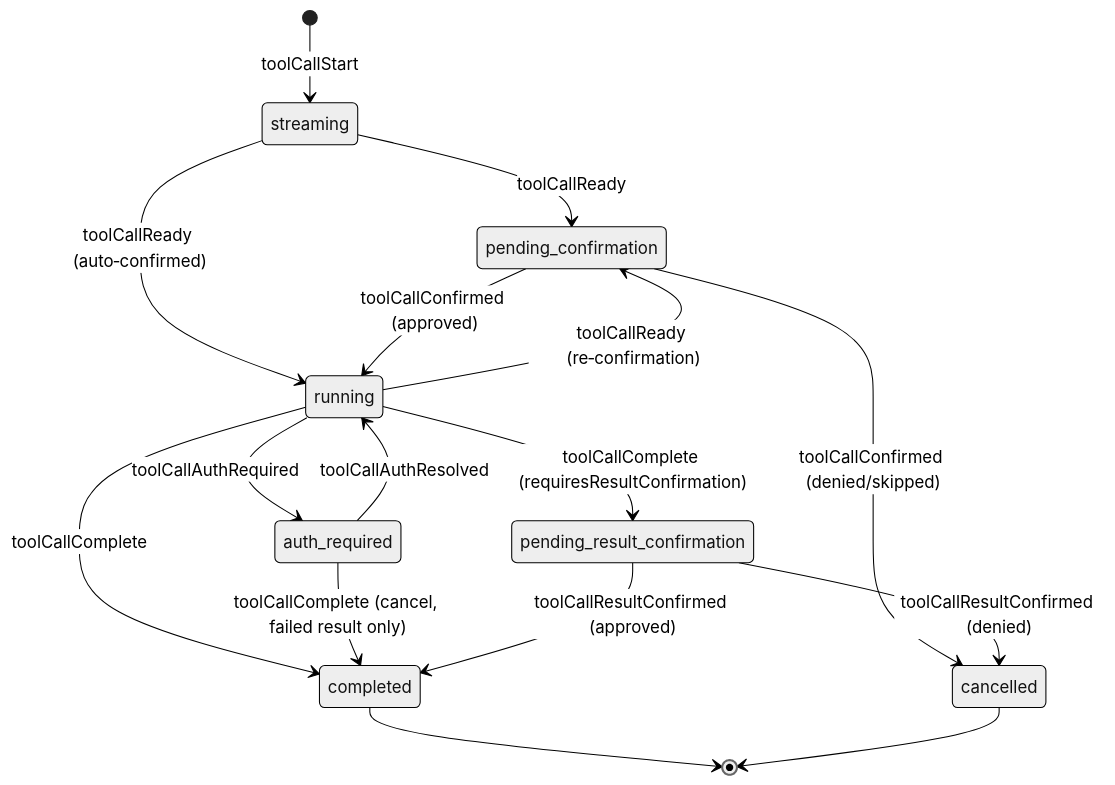
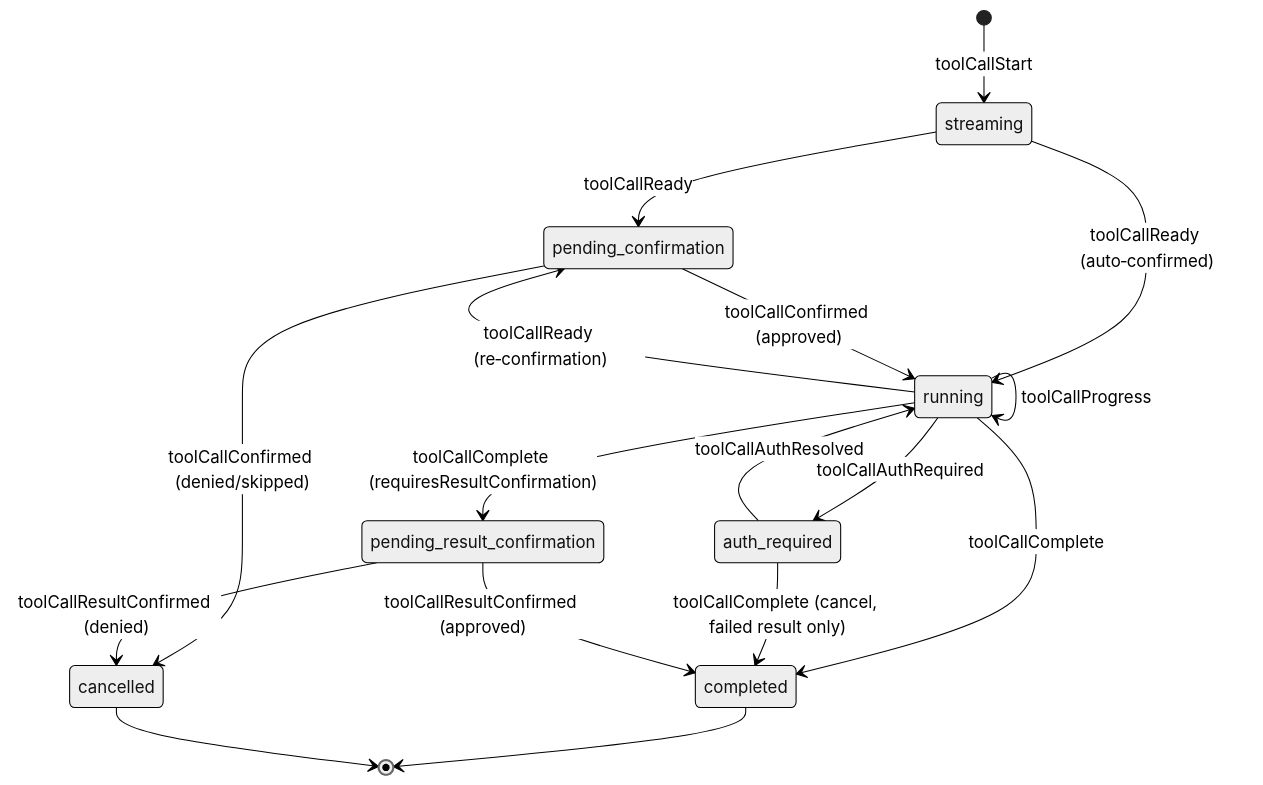
One commit to microsoft/agent-host-protocol changed the first of 3 diagrams in docs/guide/state-model.md. Above: the diagram before and after it, drawn with Mermaid (neutral theme). The commit also changed other lines of this file and 34 other files, not shown here.

````diff
--- a/docs/guide/state-model.md
+++ b/docs/guide/state-model.md
@@ -361,24 +361,25 @@
 ```mermaid
 stateDiagram-v2
   [*] --> streaming : toolCallStart
 
   streaming --> pending_confirmation : toolCallReady
   streaming --> running : toolCallReady (auto‑confirmed)
 
   pending_confirmation --> running : toolCallConfirmed (approved)
   pending_confirmation --> cancelled : toolCallConfirmed (denied/skipped)
 
   running --> pending_confirmation : toolCallReady (re‑confirmation)
+  running --> running : toolCallProgress
   running --> auth_required : toolCallAuthRequired
   running --> completed : toolCallComplete
   running --> pending_result_confirmation : toolCallComplete (requiresResultConfirmation)
 
   auth_required --> running : toolCallAuthResolved
   auth_required --> completed : toolCallComplete (cancel, failed result only)
 
   pending_result_confirmation --> completed : toolCallResultConfirmed (approved)
   pending_result_confirmation --> cancelled : toolCallResultConfirmed (denied)
 
   completed --> [*]
   cancelled --> [*]
 ```
````
